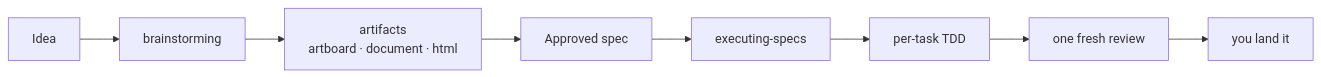
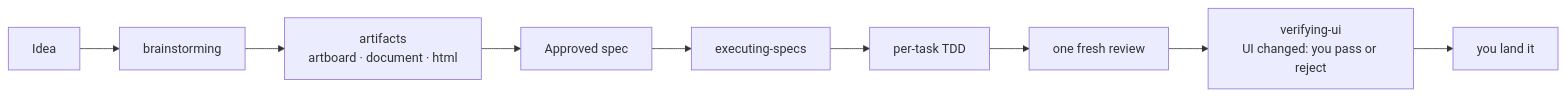
Before and after one commit to Innei/ryugi: the diagram in README.md, drawn with Mermaid. The commit also changed other lines of this file and 7 other files, not shown here.

````diff
--- a/README.md
+++ b/README.md
@@ -17,9 +17,10 @@
 ```mermaid
 flowchart LR
   I[Idea] --> B[brainstorming]
   B --> A[artifacts<br/>artboard · document · html]
   A --> S[Approved spec]
   S --> E[executing-specs]
   E --> T[per-task TDD]
-  T --> R[one fresh review] --> L[you land it]
+  T --> R[one fresh review] --> V[verifying-ui<br/>UI changed: you pass or reject]
+  V --> L[you land it]
 ```
````
